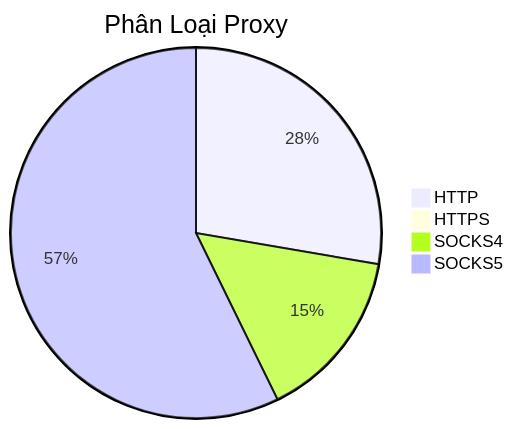
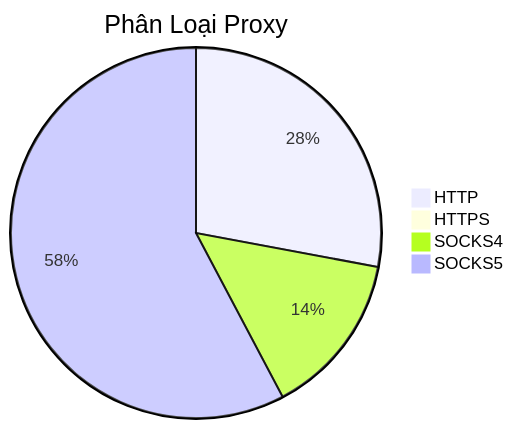
The diagram in README.md (Ciara-12/PROXY-free), drawn with Mermaid before and after one commit. The commit also changed other lines of this file and 3 other files, not shown here.

````diff
--- a/README.md
+++ b/README.md
@@ -26,7 +26,7 @@
 ```mermaid
 pie title Phân Loại Proxy
-    "HTTP" : 640
+    "HTTP" : 767
     "HTTPS" : 1
-    "SOCKS4" : 348
-    "SOCKS5" : 1323
+    "SOCKS4" : 393
+    "SOCKS5" : 1585
 ```
````
